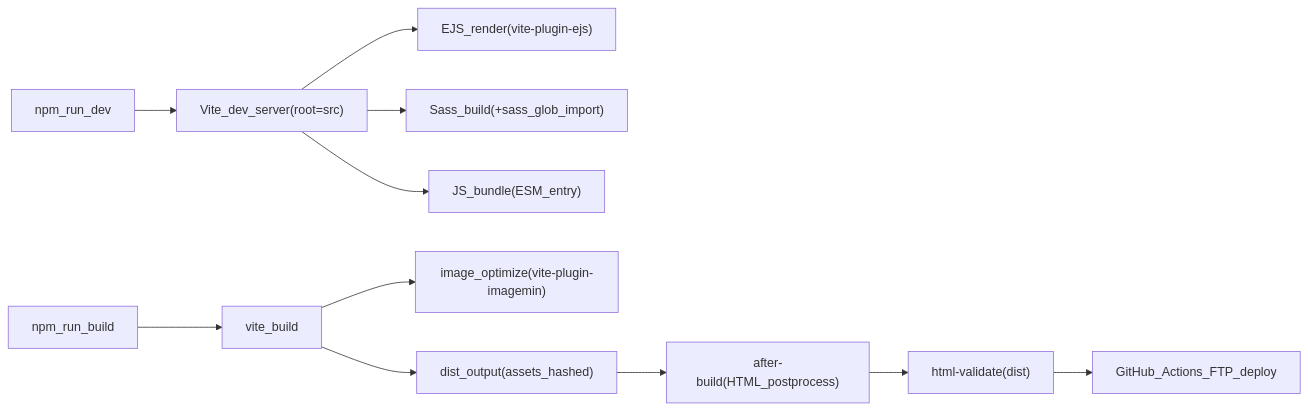
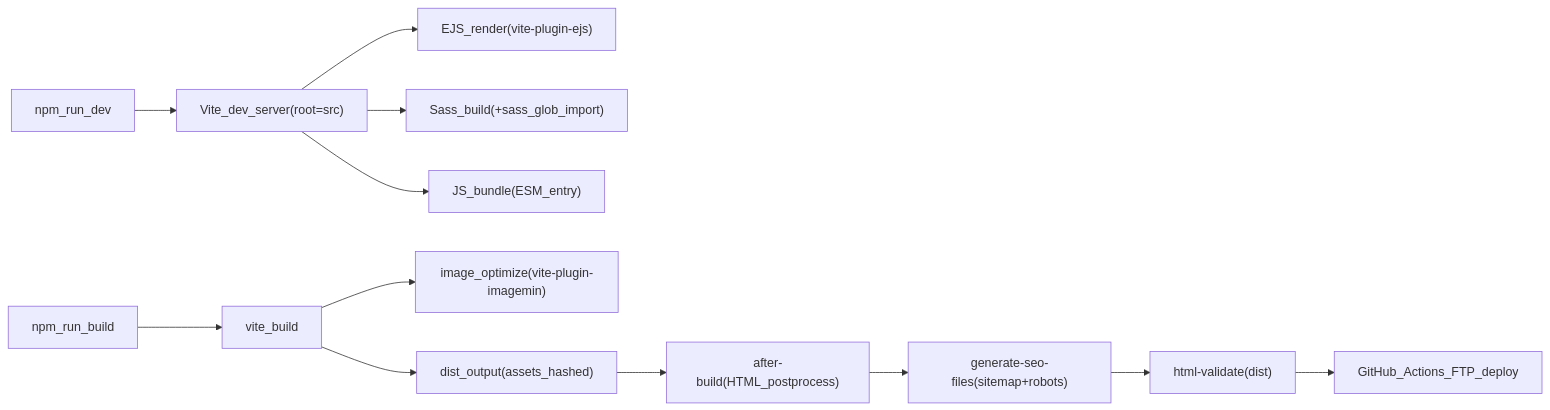
One commit to rea1i2e/t2025-10-01vite changed the diagram in docs/architecture.md. Above: the diagram before and after it, drawn with Mermaid. The commit also changed other lines of this file and 7 other files, not shown here.

First line of the commit message:
feat: Add SEO file generation for sitemap and robots.txt

````diff
--- a/docs/architecture.md
+++ b/docs/architecture.md
@@ -35,14 +35,15 @@
 ```mermaid
 flowchart LR
   dev["npm_run_dev"] --> viteDev["Vite_dev_server(root=src)"]
   viteDev --> ejsRender["EJS_render(vite-plugin-ejs)"]
   viteDev --> sassBuild["Sass_build(+sass_glob_import)"]
   viteDev --> jsBundle["JS_bundle(ESM_entry)"]
 
   build["npm_run_build"] --> viteBuild["vite_build"]
   viteBuild --> imgMin["image_optimize(vite-plugin-imagemin)"]
   viteBuild --> distOut["dist_output(assets_hashed)"]
   distOut --> afterBuild["after-build(HTML_postprocess)"]
-  afterBuild --> validate["html-validate(dist)"]
+  afterBuild --> seoFiles["generate-seo-files(sitemap+robots)"]
+  seoFiles --> validate["html-validate(dist)"]
   validate --> deploy["GitHub_Actions_FTP_deploy"]
 ```
````
